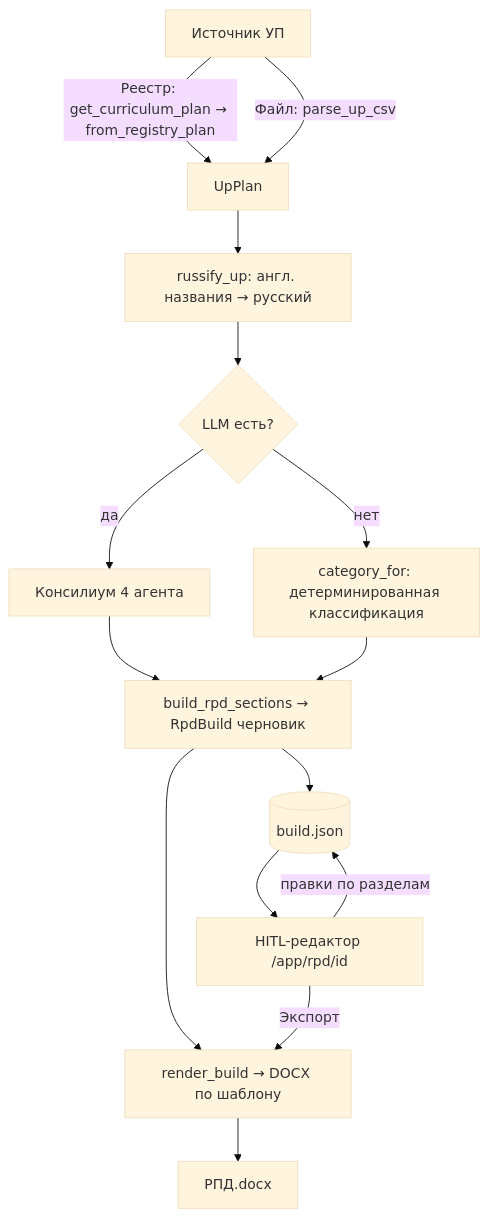
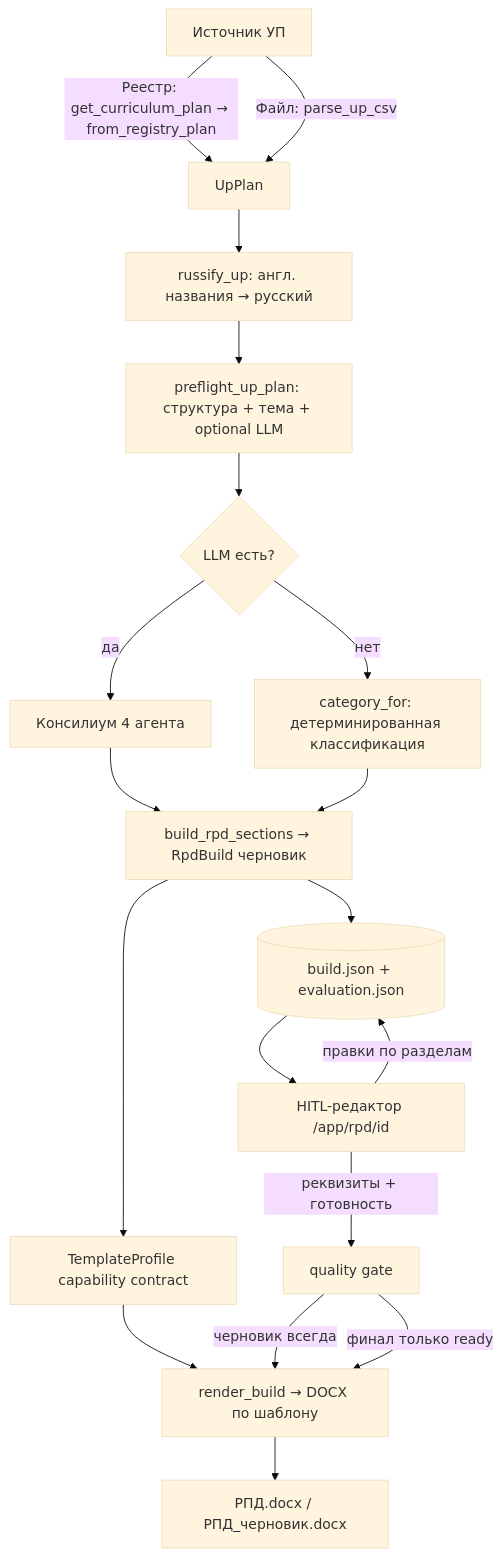
The diagram in docs/rpd-generator.md (Zheltenkov/S21_content_factory), drawn with Mermaid (base theme) before and after one commit. The commit also changed other lines of this file and 21 other files, not shown here.

First line of the commit message:
feat(rpd): quality gate, preflight, document fields, LLM role-split, template profiles

````diff
--- a/docs/rpd-generator.md
+++ b/docs/rpd-generator.md
@@ -38,17 +43,21 @@
 ```mermaid
 flowchart TD
     A[Источник УП] -->|Реестр: get_curriculum_plan → from_registry_plan| U[UpPlan]
     A -->|Файл: parse_up_csv| U
     U --> R[russify_up: англ. названия → русский]
-    R --> C{LLM есть?}
+    R --> P[preflight_up_plan: структура + тема + optional LLM]
+    P --> C{LLM есть?}
     C -->|да| K[Консилиум 4 агента]
     C -->|нет| D[category_for: детерминированная классификация]
     K --> B[build_rpd_sections → RpdBuild черновик]
     D --> B
-    B --> J[(build.json)]
-    B --> RB[render_build → DOCX по шаблону]
+    B --> J[(build.json + evaluation.json)]
+    B --> TP[TemplateProfile capability contract]
+    TP --> RB[render_build → DOCX по шаблону]
     J --> E[HITL-редактор /app/rpd/id]
     E -->|правки по разделам| J
-    E -->|Экспорт| RB
-    RB --> OUT[РПД.docx]
+    E -->|реквизиты + готовность| Q[quality gate]
+    Q -->|черновик всегда| RB
+    Q -->|финал только ready| RB
+    RB --> OUT[РПД.docx / РПД_черновик.docx]
 ```
````
